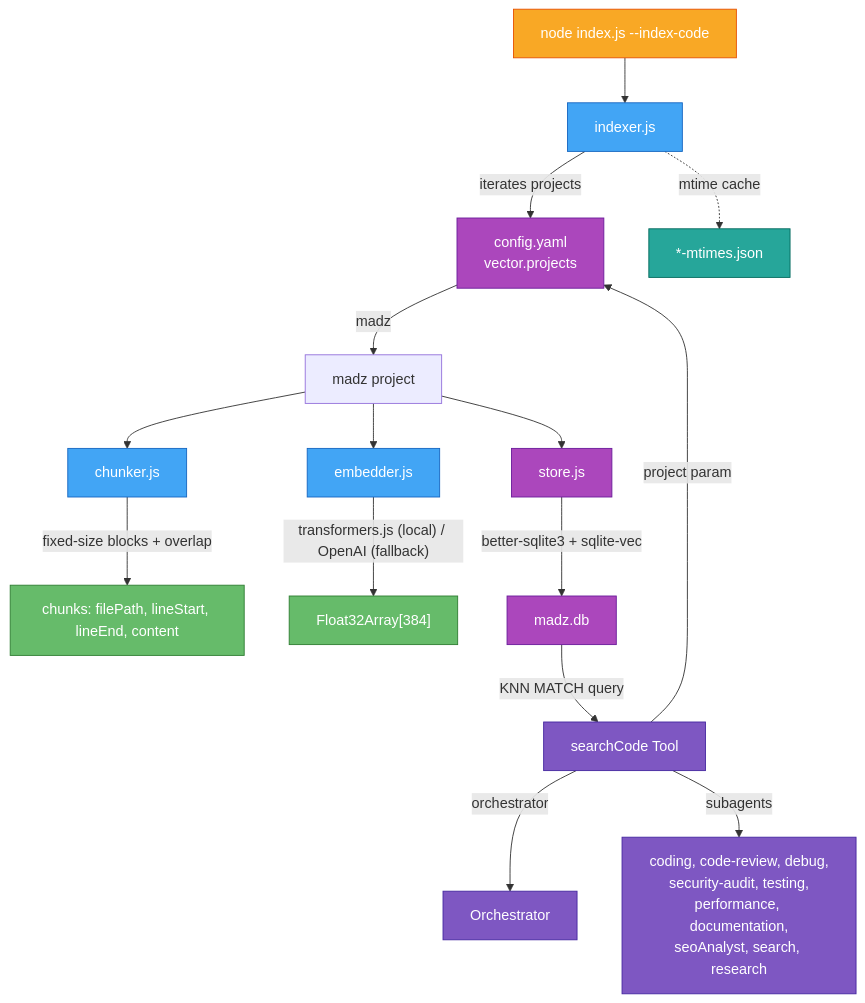
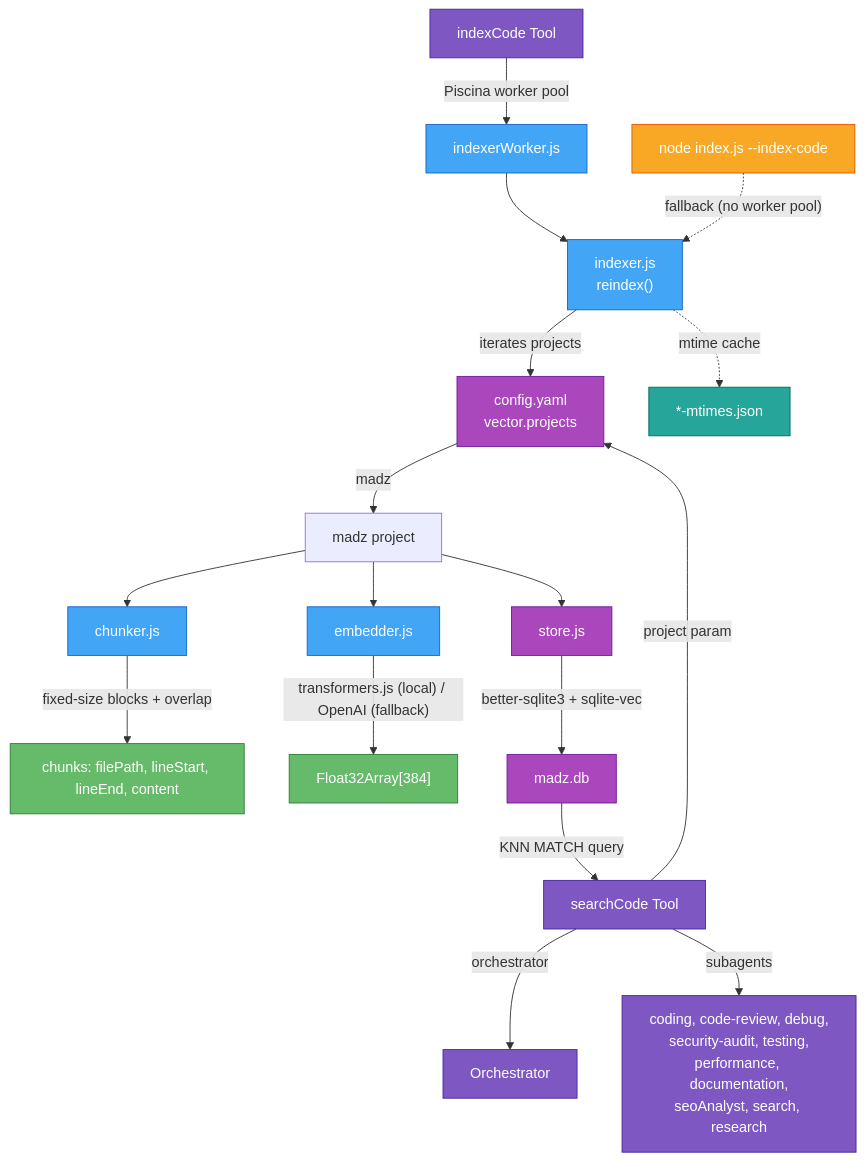
One commit to avoidwork/madz changed the first of 3 diagrams in docs/VECTOR_SEARCH.md. Above: the diagram before and after it, drawn with Mermaid. The commit also changed other lines of this file and 1 other file, not shown here.

First line of the commit message:
docs: correct vector search architecture and indexing path (#1265)

````diff
--- a/docs/VECTOR_SEARCH.md
+++ b/docs/VECTOR_SEARCH.md
@@ -7,33 +7,36 @@
 ```mermaid
 graph TD
-    CLI["node index.js --index-code"] --> IND["indexer.js"]
+    IDX["indexCode Tool"] -->|"Piscina worker pool"| WK["indexerWorker.js"]
+    WK --> IND["indexer.js<br/>reindex()"]
+    CLI["node index.js --index-code"] -.->|"fallback (no worker pool)"| IND
+
     IND -->|"iterates projects"| CFG["config.yaml<br/>vector.projects"]
     CFG -->|"madz"| MADZ["madz project"]
     MADZ --> CHK["chunker.js"]
     MADZ --> EMB["embedder.js"]
     MADZ --> STO["store.js"]
     IND -.->|"mtime cache"| MTC["*-mtimes.json"]
 
     CHK -->|"fixed-size blocks + overlap"| CHK_OUT["chunks: filePath, lineStart, lineEnd, content"]
     EMB -->|"transformers.js (local) / OpenAI (fallback)"| EMB_OUT["Float32Array[384]"]
     STO -->|"better-sqlite3 + sqlite-vec"| DB["madz.db"]
 
     DB -->|"KNN MATCH query"| CST["searchCode Tool"]
     CST -->|"project param"| CFG
     CST -->|"orchestrator"| ORC["Orchestrator"]
     CST -->|"subagents"| SAG["coding, code-review, debug,<br/>security-audit, testing,<br/>performance, documentation,<br/>seoAnalyst, search, research"]
 
     classDef cli fill:#f9a825,color:#fff,stroke:#e65100
     classDef core fill:#42a5f5,color:#fff,stroke:#1565c0
     classDef util fill:#66bb6a,color:#fff,stroke:#2e7d32
     classDef store fill:#ab47bc,color:#fff,stroke:#6a1b9a
     classDef cache fill:#26a69a,color:#fff,stroke:#00695c
     classDef tool fill:#7e57c2,color:#fff,stroke:#4527a0
 
-    class CLI cli
-    class IND,CHK,EMB core
+    class IDX,CST,ORC,SAG tool
+    class WK,IND,CHK,EMB core
     class CHK_OUT,EMB_OUT util
     class STO,DB,CFG store
     class MTC cache
-    class CST,ORC,SAG tool
+    class CLI cli
 ```
````
